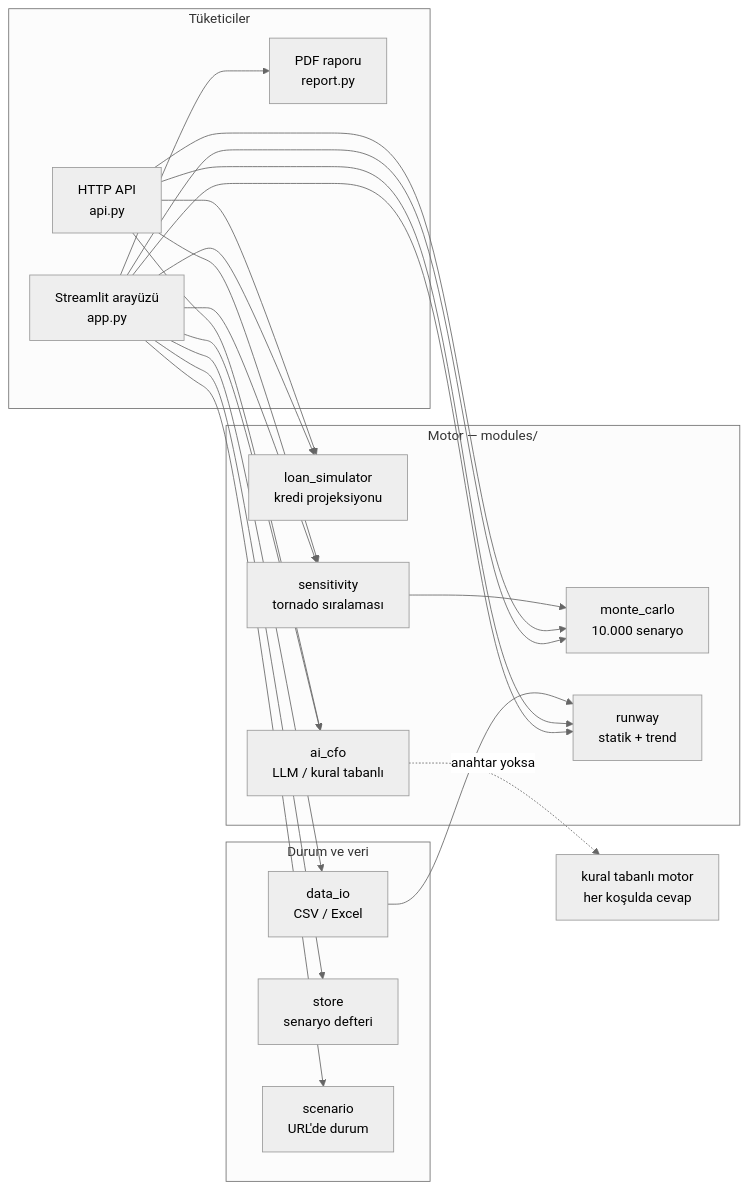
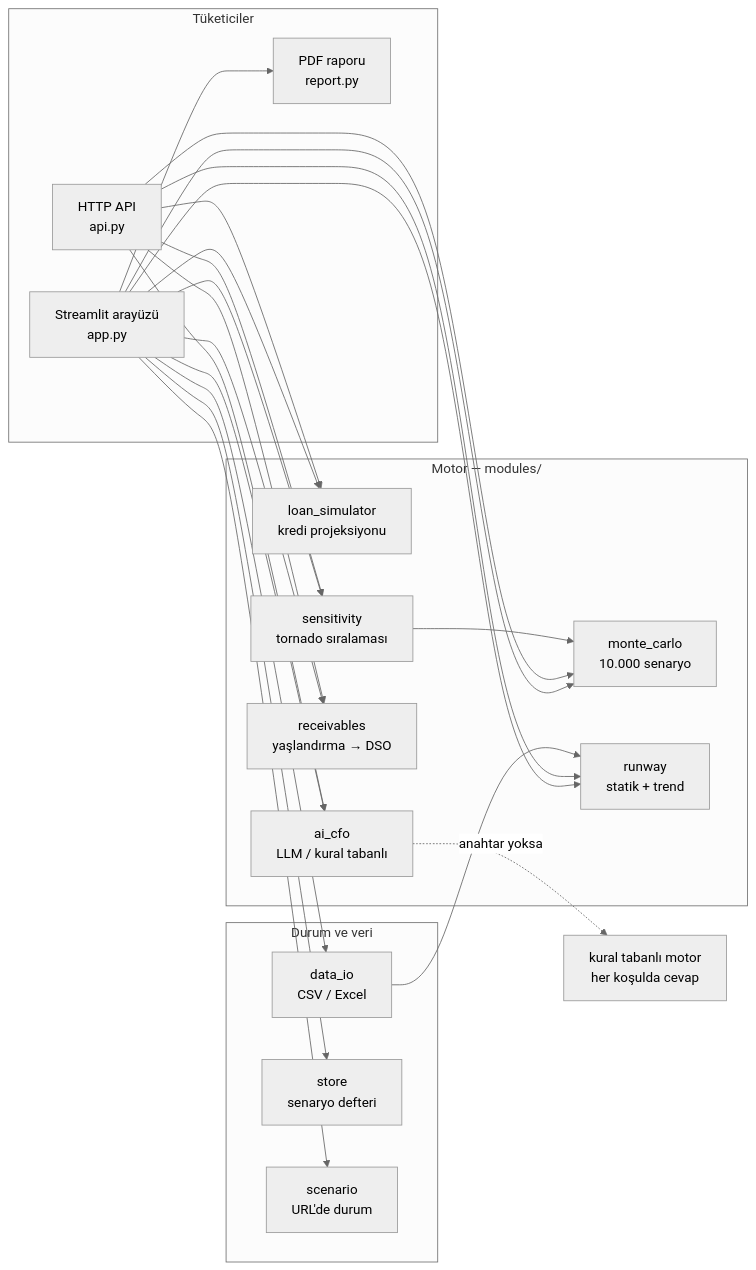
Before and after one commit to ealagoz233-cmd/cash-guard: the diagram in README.md, drawn with Mermaid (neutral theme). The commit also changed other lines of this file and 7 other files, not shown here.

````diff
--- a/README.md
+++ b/README.md
@@ -273,31 +281,32 @@
 ```mermaid
 flowchart LR
     subgraph T["Tüketiciler"]
         UI["Streamlit arayüzü<br/>app.py"]
         API["HTTP API<br/>api.py"]
         PDF["PDF raporu<br/>report.py"]
     end
 
     subgraph M["Motor — modules/"]
         LOAN["loan_simulator<br/>kredi projeksiyonu"]
         MC["monte_carlo<br/>10.000 senaryo"]
         SENS["sensitivity<br/>tornado sıralaması"]
+        RECV["receivables<br/>yaşlandırma → DSO"]
         RW["runway<br/>statik + trend"]
         CFO["ai_cfo<br/>LLM / kural tabanlı"]
     end
 
     subgraph D["Durum ve veri"]
         IO["data_io<br/>CSV / Excel"]
         STORE["store<br/>senaryo defteri"]
         SCN["scenario<br/>URL'de durum"]
     end
 
-    UI --> LOAN & MC & SENS & RW & CFO
+    UI --> LOAN & MC & SENS & RECV & RW & CFO
     UI --> IO & STORE & SCN
-    API --> LOAN & MC & SENS & RW & CFO
+    API --> LOAN & MC & SENS & RECV & RW & CFO
     UI --> PDF
     IO --> RW
     SENS --> MC
 
     CFO -.->|anahtar yoksa| RULE["kural tabanlı motor<br/>her koşulda cevap"]
 ```
````
